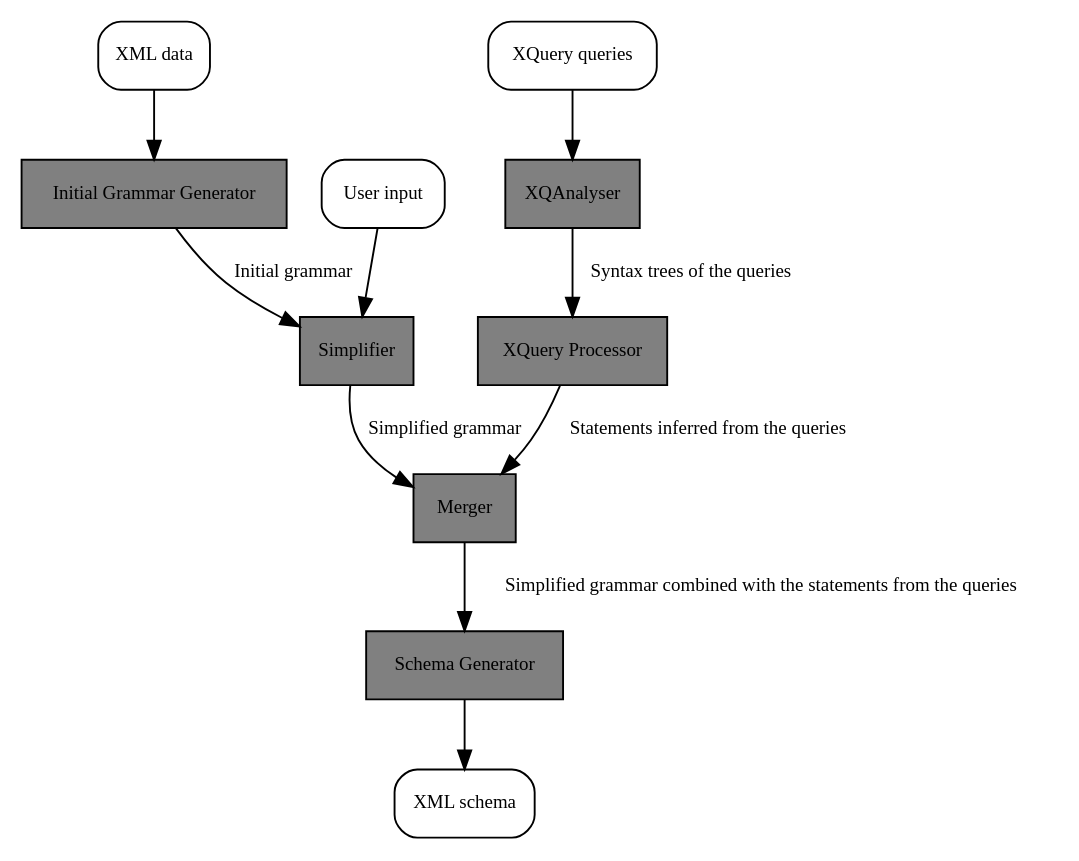
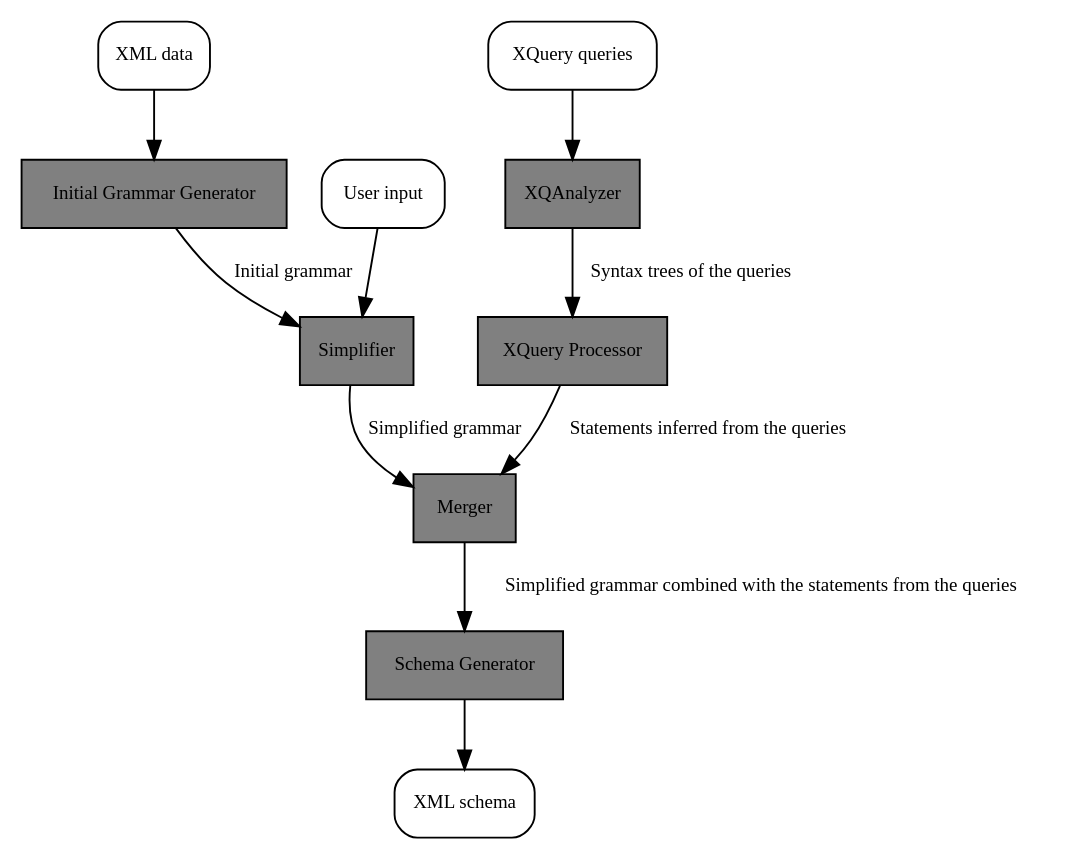
One commit to otmarjr/jInfer-fork changed the diagram in doc/theses/mikula/jinfer.gv. Above: the diagram before and after it, drawn with Graphviz. The commit also changed 2 other files, not shown here.

```diff
--- a/doc/theses/mikula/jinfer.gv
+++ b/doc/theses/mikula/jinfer.gv
@@ -1,25 +1,25 @@
 digraph inference_process {
 	node [shape = rectangle, fontname = "TeXGyrePagella-Regular", fontsize = 10];
 	edge [fontname = "TeXGyrePagella-Regular", fontsize = 10];
 
 	node [style= rounded];
 	input_xml [label = "XML data"];
 	input_queries [label = "XQuery queries"];
 	input_xml -> IGG;
-	input_queries -> XQAnalyser;
+	input_queries -> XQAnalyzer;
 	IGG [label = "Initial Grammar Generator" style = "filled" fillcolor = "grey"];
-	XQAnalyser [label = "XQAnalyser" style = "filled" fillcolor = "grey"];
+	XQAnalyzer [label = "XQAnalyzer" style = "filled" fillcolor = "grey"];
 	IGG -> Simplifier [label = "Initial grammar"];
 	user_input [label = "User input"];
 	user_input -> Simplifier;
 	Simplifier [label = "Simplifier" style = "filled" fillcolor = "grey"];
 	XQueryProcessor [label = "XQuery Processor" style = "filled" fillcolor = "grey"];
-	XQAnalyser -> XQueryProcessor [label = "Syntax trees of the queries"];
+	XQAnalyzer -> XQueryProcessor [label = "Syntax trees of the queries"];
 	Merger [label = "Merger" style = "filled" fillcolor = "grey"];
 	Simplifier -> Merger [label = "Simplified grammar"];
 	XQueryProcessor -> Merger [label = "Statements inferred from the queries"];
 	Merger -> Exporter [label = "Simplified grammar combined with the statements from the queries"];
 	Exporter [label = "Schema Generator" style = "filled" fillcolor = "grey"];
 	output_xml [label = "XML schema"];
 	Exporter -> output_xml;
 }
```
